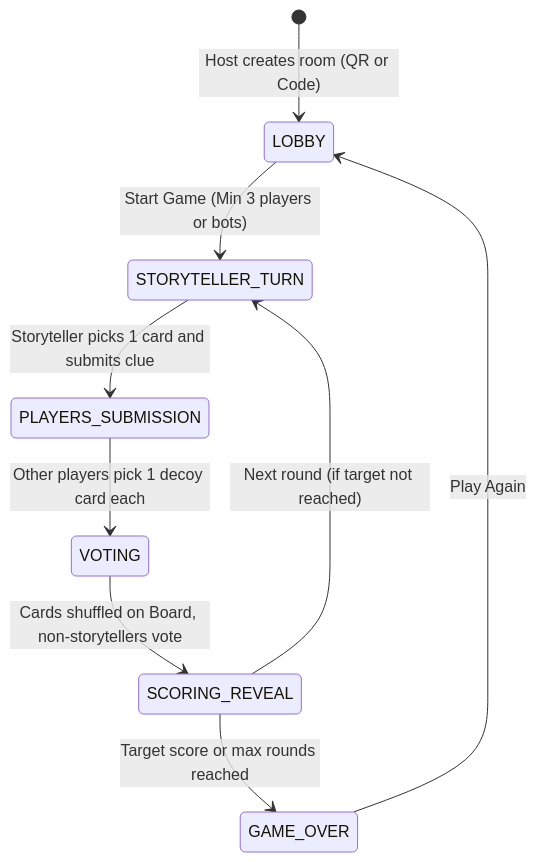
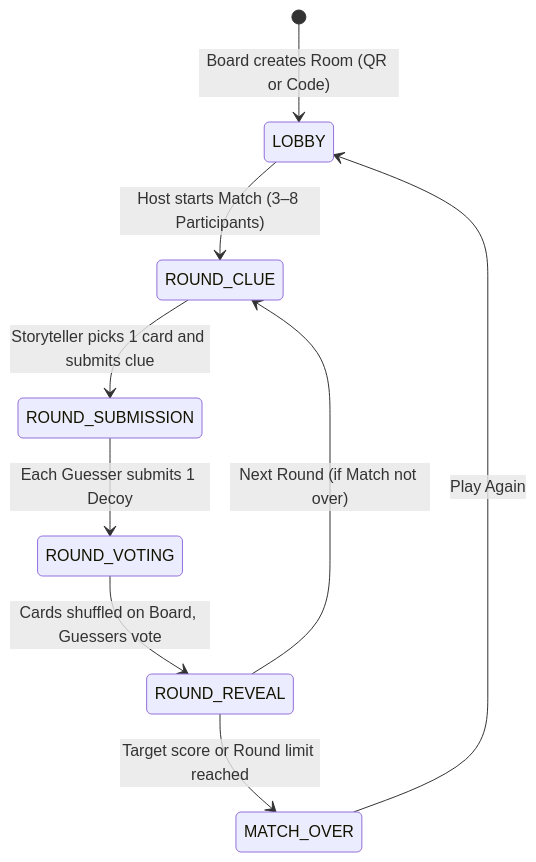
Before and after one commit to nickcacci/pixAIt: the diagram in README.md, drawn with Mermaid. The commit also changed other lines of this file, not shown here.

First line of the commit message:
docs(readme): align terminology with glossary and add match rules

````diff
--- a/README.md
+++ b/README.md
@@ -38,11 +42,11 @@
 ```mermaid
 stateDiagram-v2
-    [*] --> LOBBY : Host creates room (QR or Code)
-    LOBBY --> STORYTELLER_TURN : Start Game (Min 3 players or bots)
-    STORYTELLER_TURN --> PLAYERS_SUBMISSION : Storyteller picks 1 card and submits clue
-    PLAYERS_SUBMISSION --> VOTING : Other players pick 1 decoy card each
-    VOTING --> SCORING_REVEAL : Cards shuffled on Board, non-storytellers vote
-    SCORING_REVEAL --> STORYTELLER_TURN : Next round (if target not reached)
-    SCORING_REVEAL --> GAME_OVER : Target score or max rounds reached
-    GAME_OVER --> LOBBY : Play Again
+    [*] --> LOBBY : Board creates Room (QR or Code)
+    LOBBY --> ROUND_CLUE : Host starts Match (3–8 Participants)
+    ROUND_CLUE --> ROUND_SUBMISSION : Storyteller picks 1 card and submits clue
+    ROUND_SUBMISSION --> ROUND_VOTING : Each Guesser submits 1 Decoy
+    ROUND_VOTING --> ROUND_REVEAL : Cards shuffled on Board, Guessers vote
+    ROUND_REVEAL --> ROUND_CLUE : Next Round (if Match not over)
+    ROUND_REVEAL --> MATCH_OVER : Target score or Round limit reached
+    MATCH_OVER --> LOBBY : Play Again
 ```
````
